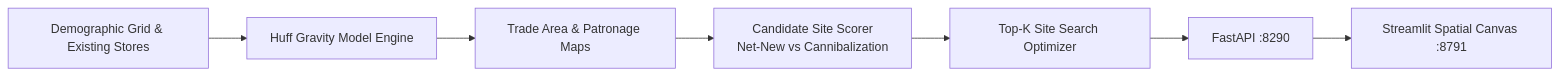
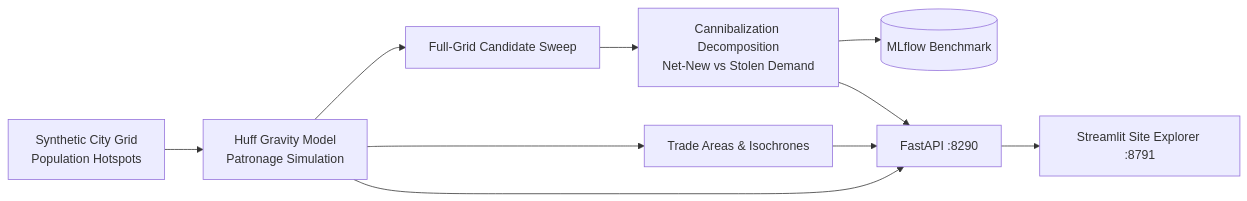
One commit to jackson-marcus/Geo-Fence changed the diagram in README.md. Above: the diagram before and after it, drawn with Mermaid. The commit also changed other lines of this file, not shown here.

First line of the commit message:
docs: write production-grade README with architecture, math, quickstart, and author info

````diff
--- a/README.md
+++ b/README.md
@@ -45,8 +49,9 @@
 ```mermaid
 flowchart LR
-    City[Demographic Grid & Existing Stores] --> Huff[Huff Gravity Model Engine]
-    Huff --> Trade[Trade Area & Patronage Maps]
-    Trade --> Cand[Candidate Site Scorer<br/>Net-New vs Cannibalization]
-    Cand --> Opt[Top-K Site Search Optimizer]
-    Opt --> API[FastAPI :8290] --> UI[Streamlit Spatial Canvas :8791]
+    City[Synthetic City Grid<br/>Population Hotspots] --> Huff[Huff Gravity Model<br/>Patronage Simulation]
+    Huff --> TA[Trade Areas & Isochrones]
+    Huff --> Sweep[Full-Grid Candidate Sweep]
+    Sweep --> Cann[Cannibalization Decomposition<br/>Net-New vs Stolen Demand]
+    Cann --> M[(MLflow Benchmark)]
+    Huff & TA & Cann --> API[FastAPI :8290] --> UI[Streamlit Site Explorer :8791]
 ```
````
